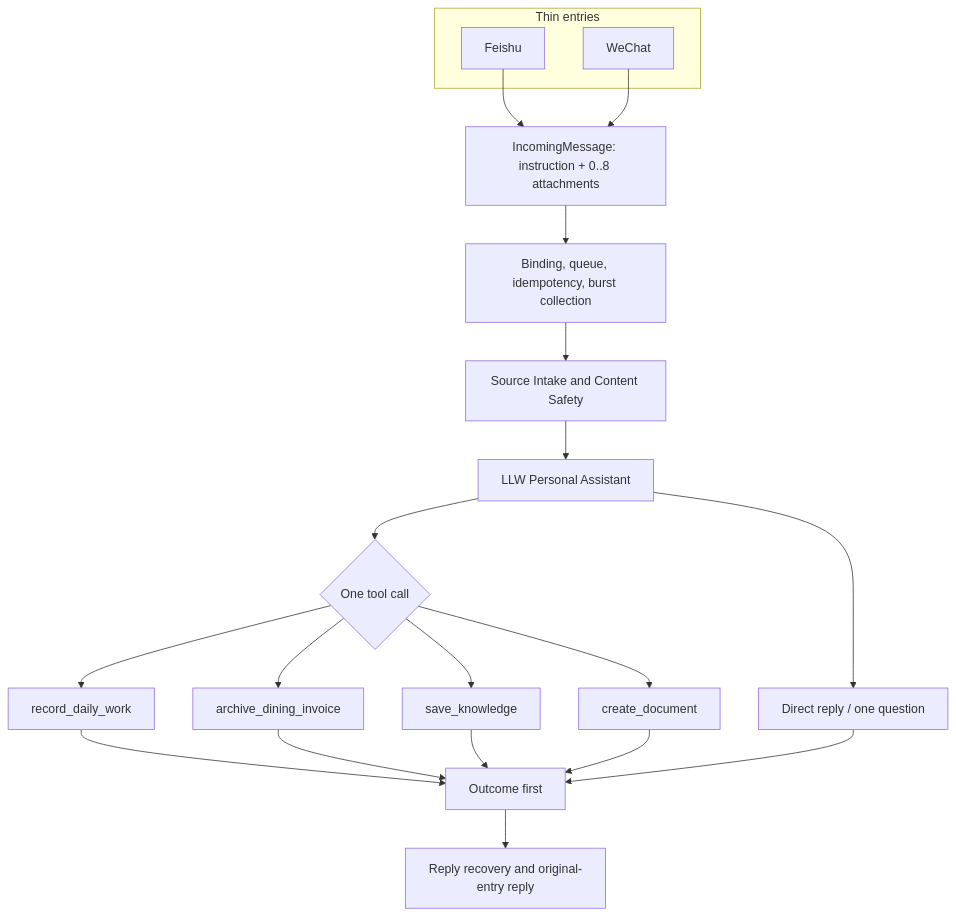
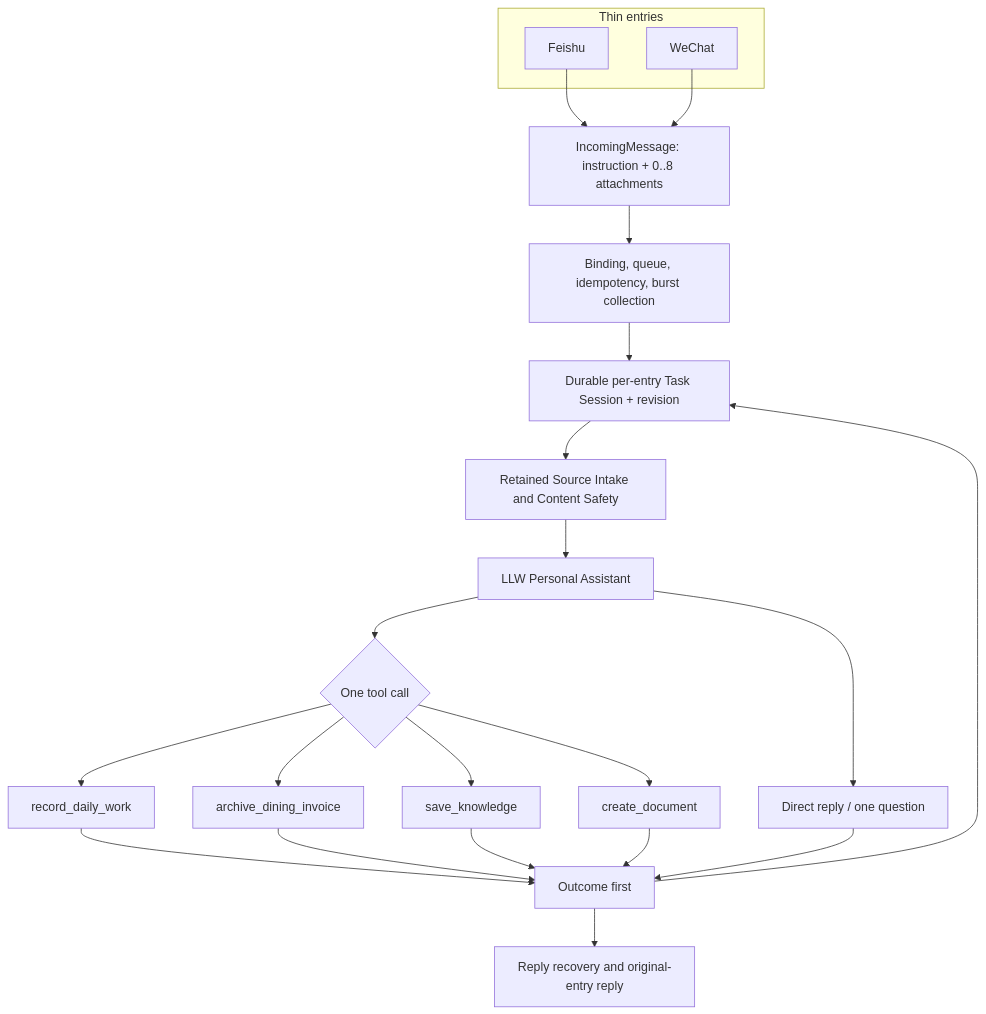
Before and after one commit to ccrt26/llw-feishu-daily-work: the diagram in docs/PROJECT_OVERVIEW.md, drawn with Mermaid. The commit also changed other lines of this file and 2 other files, not shown here.

````diff
--- a/docs/PROJECT_OVERVIEW.md
+++ b/docs/PROJECT_OVERVIEW.md
@@ -35,24 +36,26 @@
 ```mermaid
 flowchart TD
   subgraph Entry["Thin entries"]
     F["Feishu"]
     W["WeChat"]
   end
   F --> I["IncomingMessage: instruction + 0..8 attachments"]
   W --> I
   I --> B["Binding, queue, idempotency, burst collection"]
-  B --> S["Source Intake and Content Safety"]
+  B --> TS["Durable per-entry Task Session + revision"]
+  TS --> S["Retained Source Intake and Content Safety"]
   S --> A["LLW Personal Assistant"]
   A --> R["Direct reply / one question"]
   A --> T{"One tool call"}
   T --> DW["record_daily_work"]
   T --> IV["archive_dining_invoice"]
   T --> K["save_knowledge"]
   T --> D["create_document"]
   DW --> O["Outcome first"]
   IV --> O
   K --> O
   D --> O
   R --> O
+  O --> TS
   O --> P["Reply recovery and original-entry reply"]
 ```
````
